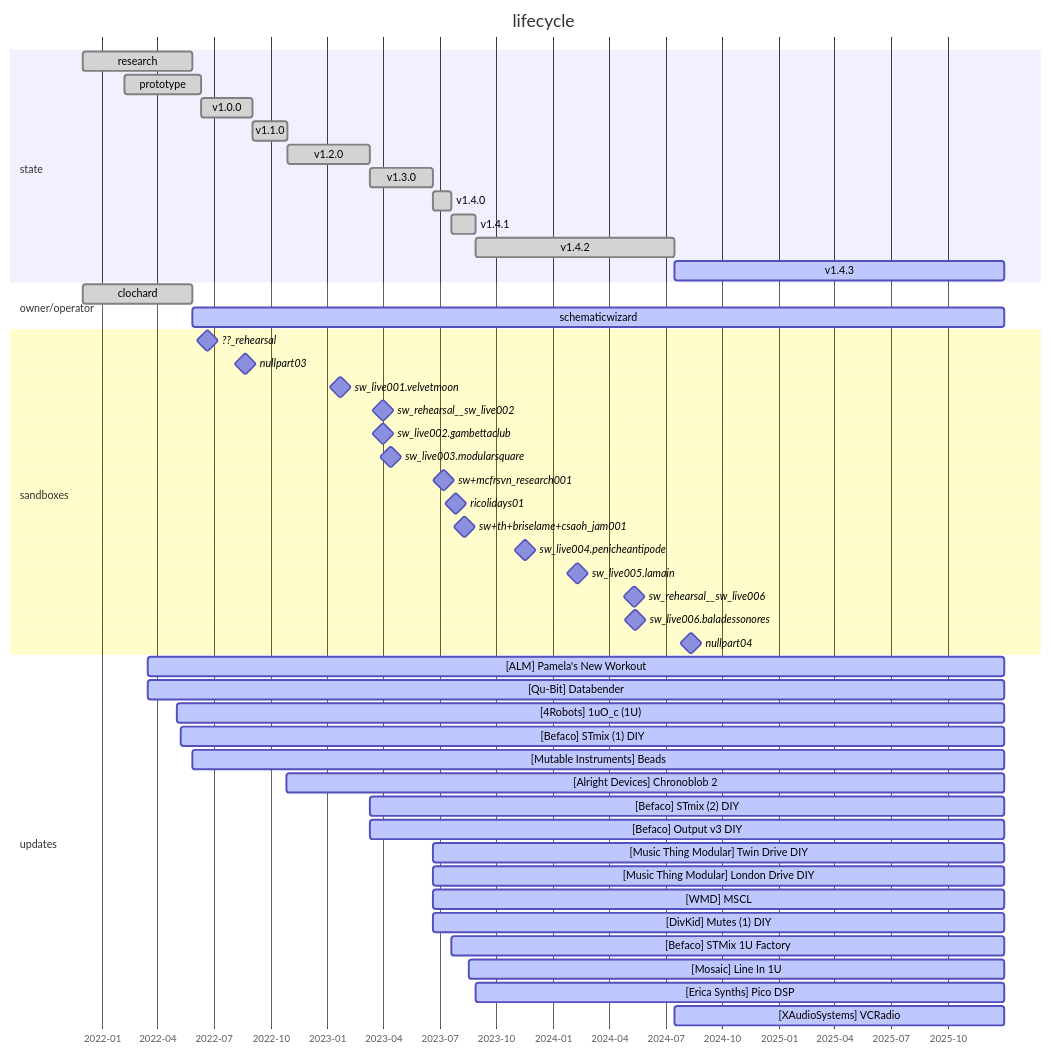
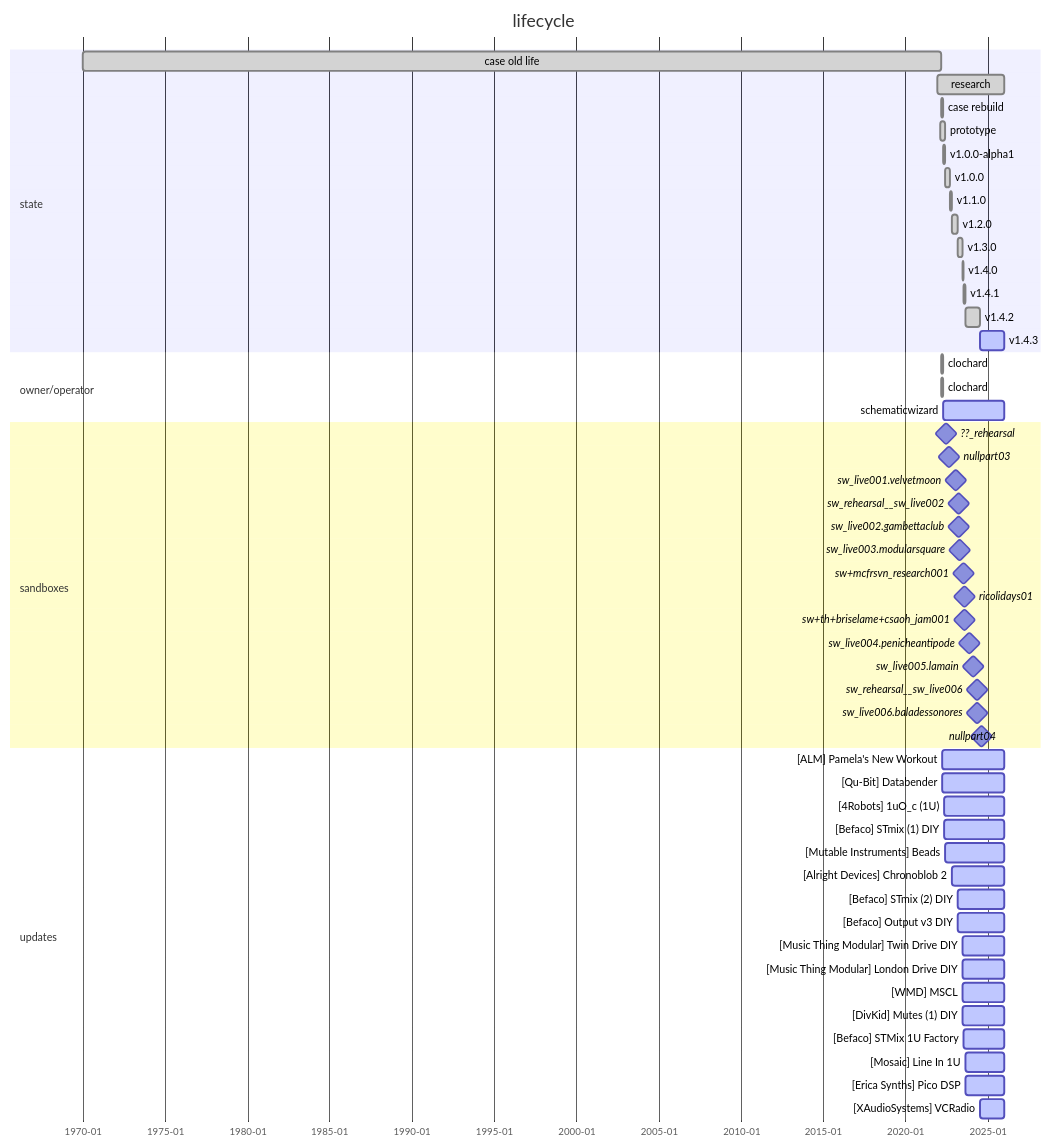
One commit to bill-of-materials/data changed the diagram in ELEMENTS/ELM-0004/README.md. Above: the diagram before and after it, drawn with Mermaid. The commit also changed 99 other files, not shown here.

````diff
--- a/ELEMENTS/ELM-0004/README.md
+++ b/ELEMENTS/ELM-0004/README.md
@@ -132,58 +132,62 @@
 ``` mermaid
 gantt
   todayMarker off
 
   title         lifecycle
   dateFormat    YYYY-MM-DD
   axisFormat    %Y-%m
 
   section state
-  research   :done,      2021-12-01, 2022-05-28
-  prototype  :done,      2022-02-07, 2022-06-10
-  v1.0.0     :done,      2022-06-10, 2022-09-02
-  v1.1.0     :done,      2022-09-02, 2022-10-28
-  v1.2.0     :done,      2022-10-28, 2023-03-11
-  v1.3.0     :done,      2023-03-11, 2023-06-20
-  v1.4.0     :done,      2023-06-20, 2023-07-20
-  v1.4.1     :done,      2023-07-20, 2023-08-29
-  v1.4.2     :done,      2023-08-29, 2024-07-15
-  v1.4.3     :active,    2024-07-15, 2025-12-31
+  case old life :done,      1970-01-01, 2022-03-11
+  research      :done,      2021-12-01, 2025-12-31
+  case rebuild  :done,      2022-03-11, 2022-04-06
+  prototype     :done,      2022-02-07, 2022-06-03
+  v1.0.0-alpha1 :done,      2022-04-07, 2022-06-03
+  v1.0.0        :done,      2022-06-03, 2022-09-02
+  v1.1.0        :done,      2022-09-02, 2022-10-28
+  v1.2.0        :done,      2022-10-28, 2023-03-11
+  v1.3.0        :done,      2023-03-11, 2023-06-20
+  v1.4.0        :done,      2023-06-20, 2023-07-20
+  v1.4.1        :done,      2023-07-20, 2023-08-29
+  v1.4.2        :done,      2023-08-29, 2024-07-15
+  v1.4.3        :active,    2024-07-15, 2025-12-31
 
   section owner/operator
-  clochard          :done,      2021-12-01, 2022-05-28
-  schematicwizard   :active,    2022-05-28, 2025-12-31
+  clochard          :done,      2022-03-11, 2022-04-06
+  clochard          :done,      2022-03-11, 2022-04-06
+  schematicwizard   :active,    2022-04-06, 2025-12-31
 
   section sandboxes
   ??_rehearsal                 :milestone, 2022-06-20, 1d
   nullpart03                   :milestone, 2022-08-14, 2022-08-28
   sw_live001.velvetmoon        :milestone, 2023-01-21, 1d
   sw_rehearsal__sw_live002     :milestone, 2023-03-31, 1d
   sw_live002.gambettaclub      :milestone, 2023-03-31, 1d
   sw_live003.modularsquare     :milestone, 2023-04-13, 1d
   sw+mcfrsvn_research001       :milestone, 2023-07-07, 2d
   ricolidays01                 :milestone, 2023-07-24, 2023-07-31
   sw+th+briselame+csaoh_jam001 :milestone, 2023-08-10, 1d
   sw_live004.penicheantipode   :milestone, 2023-11-16, 1d
   sw_live005.lamain            :milestone, 2024-02-09, 1d
   sw_rehearsal__sw_live006     :milestone, 2024-05-11, 1d
   sw_live006.baladessonores    :milestone, 2024-05-12, 1d
   nullpart04                   :milestone, 2024-08-05, 2024-08-18
 
   section updates
   [ALM] Pamela's New Workout                    :active,    2022-03-16, 2025-12-31
   [Qu-Bit] Databender                           :active,    2022-03-16, 2025-12-31
   [4Robots] 1uO_c (1U)                          :active,    2022-05-03, 2025-12-31
   [Befaco] STmix (1) DIY                        :active,    2022-05-09, 2025-12-31
   [Mutable Instruments] Beads                   :active,    2022-05-28, 2025-12-31
   [Alright Devices] Chronoblob 2                :active,    2022-10-26, 2025-12-31
   [Befaco] STmix (2) DIY                        :active,    2023-03-11, 2025-12-31
   [Befaco] Output v3 DIY                        :active,    2023-03-11, 2025-12-31
   [Music Thing Modular] Twin Drive DIY          :active,    2023-06-20, 2025-12-31
   [Music Thing Modular] London Drive DIY        :active,    2023-06-20, 2025-12-31
   [WMD] MSCL                                    :active,    2023-06-20, 2025-12-31
   [DivKid] Mutes (1) DIY                        :active,    2023-06-20, 2025-12-31
   [Befaco] STMix 1U Factory                     :active,    2023-07-20, 2025-12-31
   [Mosaic] Line In 1U                           :active,    2023-08-18, 2025-12-31
   [Erica Synths] Pico DSP                       :active,    2023-08-29, 2025-12-31
   [XAudioSystems] VCRadio                       :active,    2024-07-15, 2025-12-31
 ```
````
